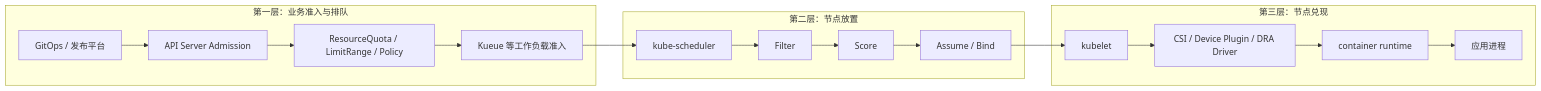
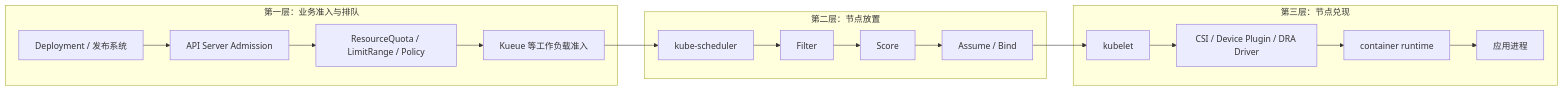
The tenth of 18 diagrams in 07_正式学习讲义/专题/01_Kubernetes_Scheduler从生产实战到业务平台_GPU与源码全景_新手独立讲义.md (zz-datou/k8s_plat_gpu), drawn with Mermaid before and after one commit. The commit also changed other lines of this file, not shown here.

````diff
--- a/07_正式学习讲义/专题/01_Kubernetes_Scheduler从生产实战到业务平台_GPU与源码全景_新手独立讲义.md
+++ b/07_正式学习讲义/专题/01_Kubernetes_Scheduler从生产实战到业务平台_GPU与源码全景_新手独立讲义.md
@@ -2607,27 +2508,27 @@
 ```mermaid
 flowchart LR
     subgraph A["第一层：业务准入与排队"]
-        A1["GitOps / 发布平台"]
+        A1["Deployment / 发布系统"]
         A2["API Server Admission"]
         A3["ResourceQuota / LimitRange / Policy"]
         A4["Kueue 等工作负载准入"]
     end
 
     subgraph B["第二层：节点放置"]
         B1["kube-scheduler"]
         B2["Filter"]
         B3["Score"]
         B4["Assume / Bind"]
     end
 
     subgraph C["第三层：节点兑现"]
         C1["kubelet"]
         C2["CSI / Device Plugin / DRA Driver"]
         C3["container runtime"]
         C4["应用进程"]
     end
 
     A1 --> A2 --> A3 --> A4 --> B1
     B1 --> B2 --> B3 --> B4 --> C1
     C1 --> C2 --> C3 --> C4
 ```
````
